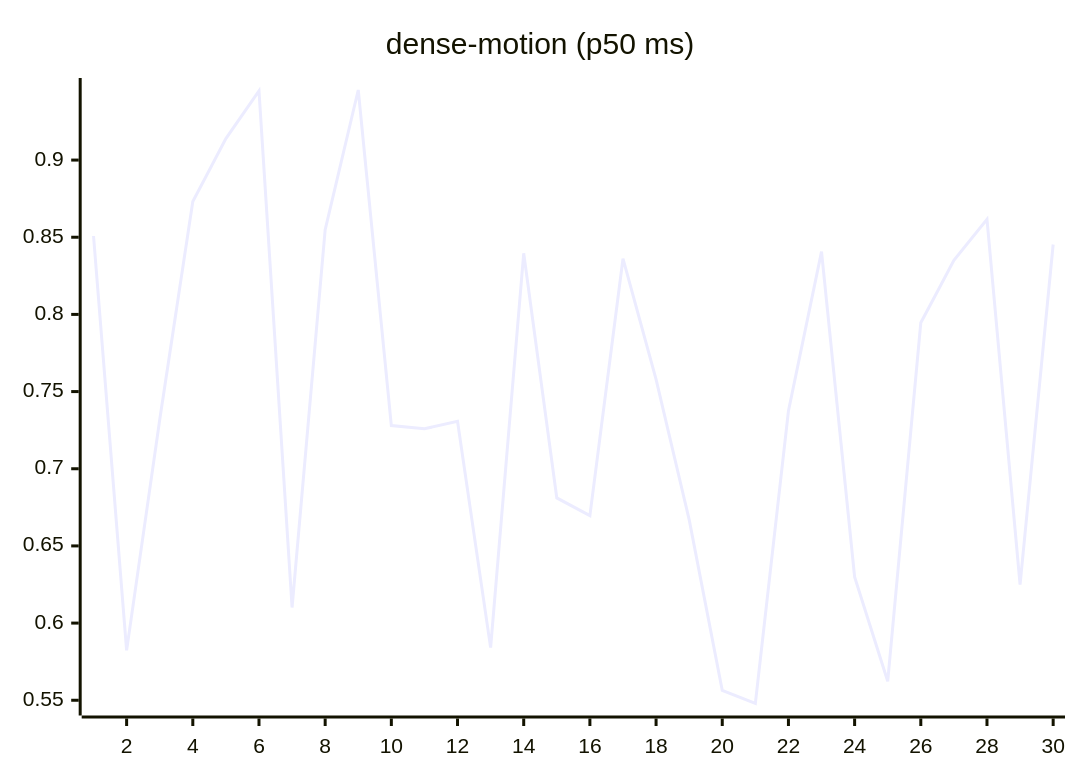
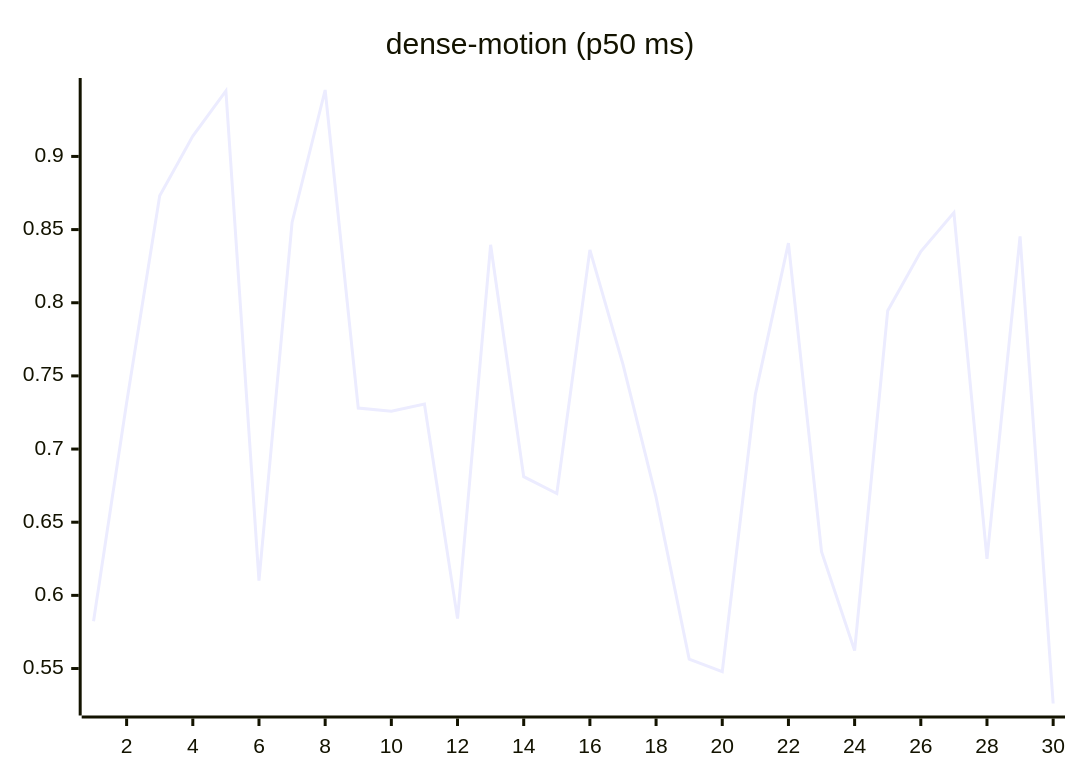
One commit to josha/Facet changed the ninth of 27 diagrams in README.md. Above: the diagram before and after it, drawn with Mermaid. The commit also changed other lines of this file and 2 other files, not shown here.

````diff
--- a/README.md
+++ b/README.md
@@ -119,6 +119,6 @@
 ```mermaid
 xychart-beta
     title "dense-motion (p50 ms)"
     x-axis 1 --> 30
-    line [0.8508, 0.5823, 0.7317, 0.8731, 0.9139, 0.9448, 0.6101, 0.8549, 0.9454, 0.7280, 0.7259, 0.7307, 0.5841, 0.8396, 0.6811, 0.6696, 0.8361, 0.7579, 0.6670, 0.5564, 0.5479, 0.7374, 0.8407, 0.6299, 0.5623, 0.7946, 0.8350, 0.8616, 0.6249, 0.8453]
+    line [0.5823, 0.7317, 0.8731, 0.9139, 0.9448, 0.6101, 0.8549, 0.9454, 0.7280, 0.7259, 0.7307, 0.5841, 0.8396, 0.6811, 0.6696, 0.8361, 0.7579, 0.6670, 0.5564, 0.5479, 0.7374, 0.8407, 0.6299, 0.5623, 0.7946, 0.8350, 0.8616, 0.6249, 0.8453, 0.5261]
 ```
````
